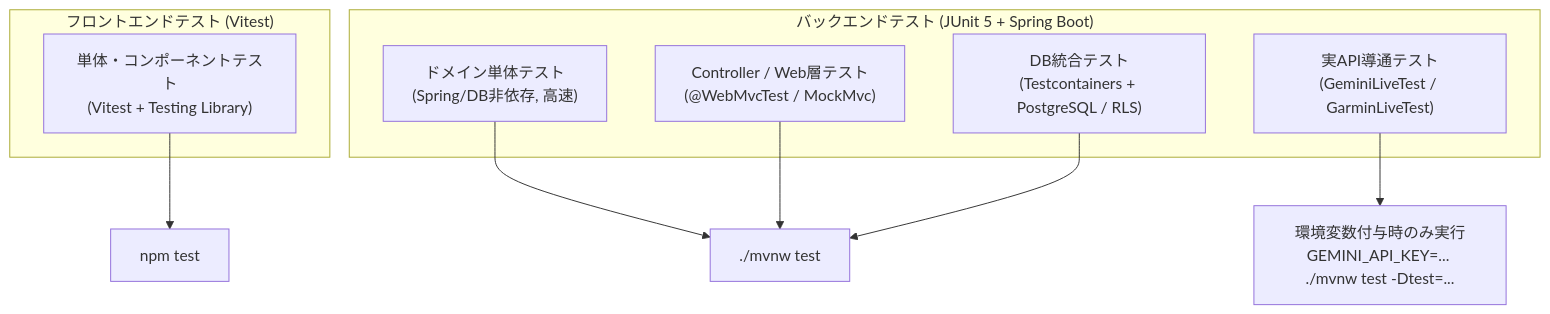
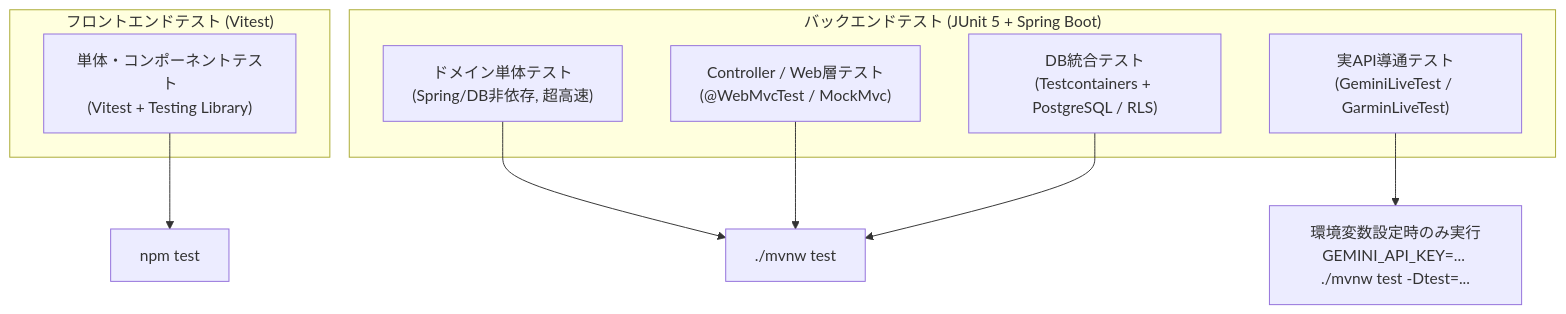
Before and after one commit to tis-abe-akira/run-buddy: the diagram in openwiki/quickstart.md, drawn with Mermaid. The commit also changed other lines of this file and 14 other files, not shown here.

````diff
--- a/openwiki/quickstart.md
+++ b/openwiki/quickstart.md
@@ -158,19 +150,19 @@
 ```mermaid
 flowchart TD
     subgraph Frontend["フロントエンドテスト (Vitest)"]
         FE_Unit["単体・コンポーネントテスト\n(Vitest + Testing Library)"]
     end
 
     subgraph Backend["バックエンドテスト (JUnit 5 + Spring Boot)"]
-        BE_Domain["ドメイン単体テスト\n(Spring/DB非依存, 高速)"]
+        BE_Domain["ドメイン単体テスト\n(Spring/DB非依存, 超高速)"]
         BE_Web["Controller / Web層テスト\n(@WebMvcTest / MockMvc)"]
         BE_DB["DB統合テスト\n(Testcontainers + PostgreSQL / RLS)"]
         BE_Live["実API導通テスト\n(GeminiLiveTest / GarminLiveTest)"]
     end
 
     FE_Unit --> FE_Cmd["npm test"]
     BE_Domain --> BE_Cmd["./mvnw test"]
     BE_Web --> BE_Cmd
     BE_DB --> BE_Cmd
-    BE_Live --> BE_LiveCmd["環境変数付与時のみ実行\nGEMINI_API_KEY=... ./mvnw test -Dtest=..."]
+    BE_Live --> BE_LiveCmd["環境変数設定時のみ実行\nGEMINI_API_KEY=... ./mvnw test -Dtest=..."]
 ```
````
